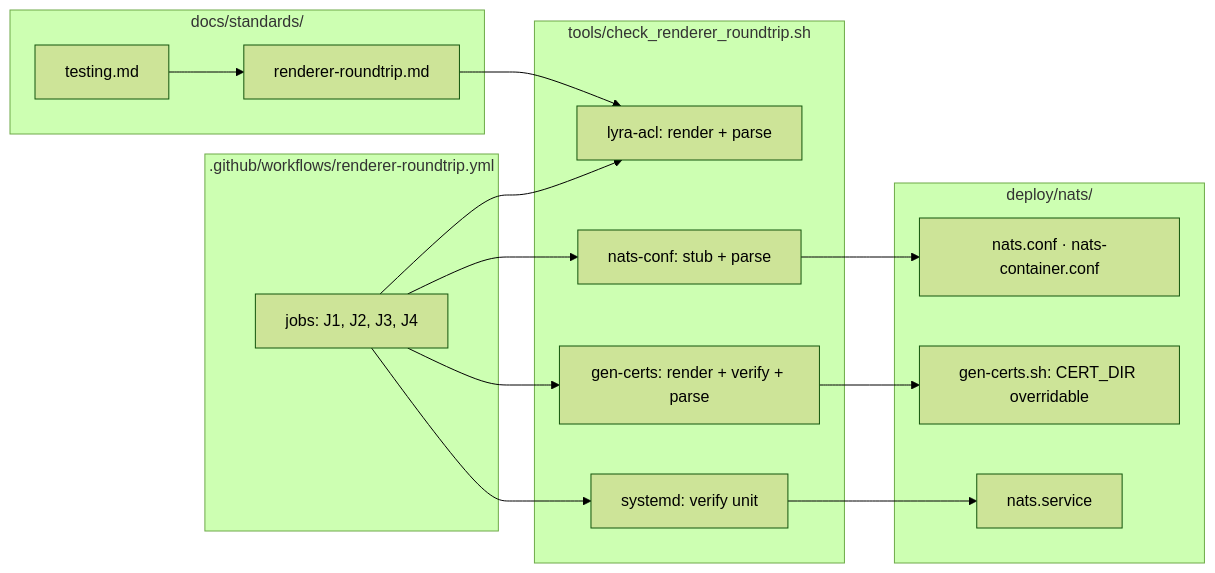
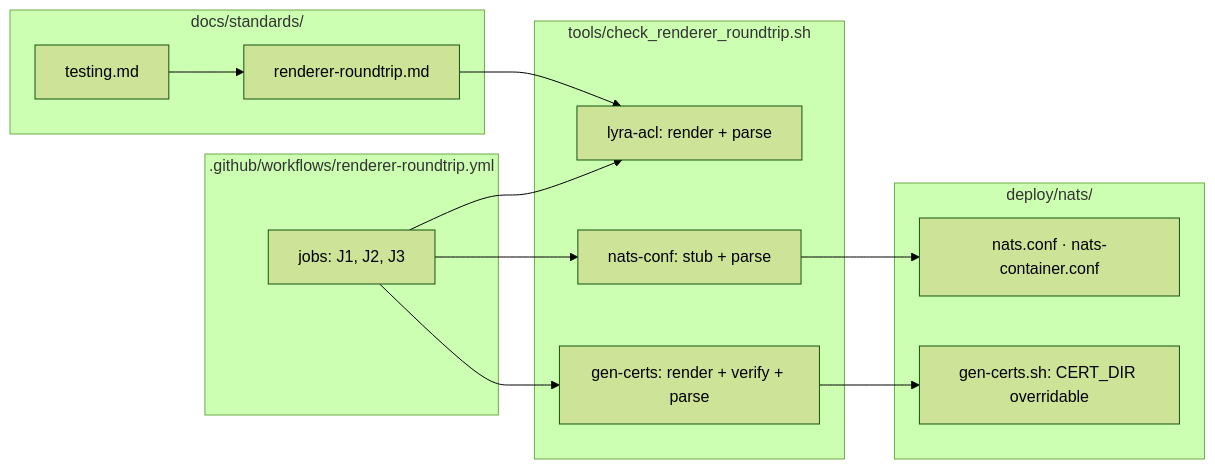
The second of 2 diagrams in artifacts/plans/1091-renderer-roundtrip-tests-plan.mdx (Roxabi/lyra), drawn with Mermaid (forest theme) before and after one commit. The commit also changed other lines of this file and 2 other files, not shown here.

First line of the commit message:
fix(scope): drop J4 systemd target; nats.service is retired (#1091)

````diff
--- a/artifacts/plans/1091-renderer-roundtrip-tests-plan.mdx
+++ b/artifacts/plans/1091-renderer-roundtrip-tests-plan.mdx
@@ -55,28 +51,25 @@
 ```mermaid
 flowchart LR
     subgraph workflow [".github/workflows/renderer-roundtrip.yml"]
-        WF[jobs: J1, J2, J3, J4]
+        WF[jobs: J1, J2, J3]
     end
     subgraph helper ["tools/check_renderer_roundtrip.sh"]
         H_lyra[lyra-acl: render + parse]
         H_natsconf[nats-conf: stub + parse]
         H_certs[gen-certs: render + verify + parse]
-        H_sys[systemd: verify unit]
     end
     subgraph deploy ["deploy/nats/"]
         GC[gen-certs.sh: CERT_DIR overridable]
-        NSV[nats.service]
         NC[nats.conf · nats-container.conf]
     end
     subgraph docs ["docs/standards/"]
         DR[renderer-roundtrip.md]
         TM[testing.md]
     end
 
-    WF --> H_lyra & H_natsconf & H_certs & H_sys
+    WF --> H_lyra & H_natsconf & H_certs
     H_certs --> GC
-    H_sys --> NSV
     H_natsconf --> NC
     DR --> H_lyra
     TM --> DR
 ```
````
